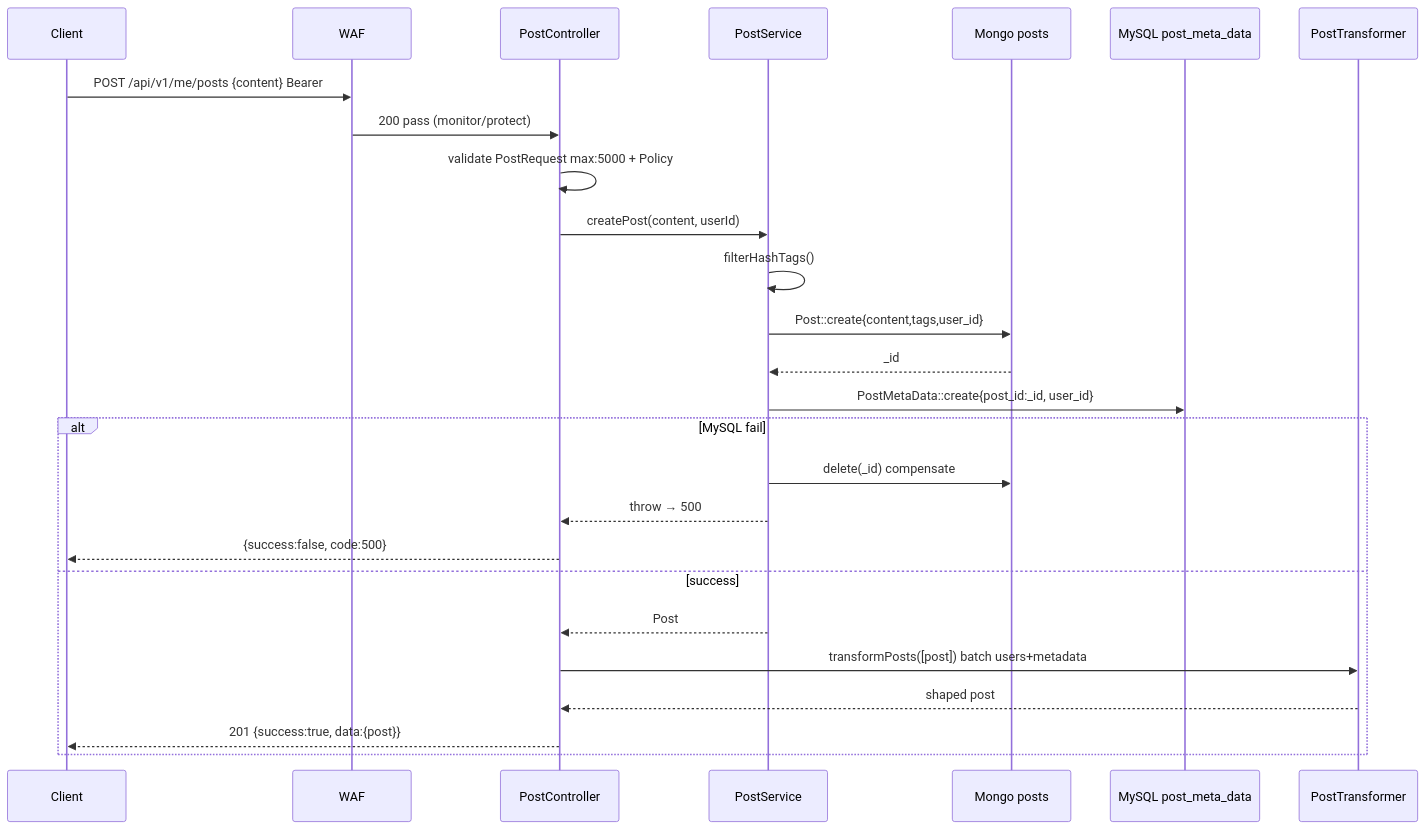
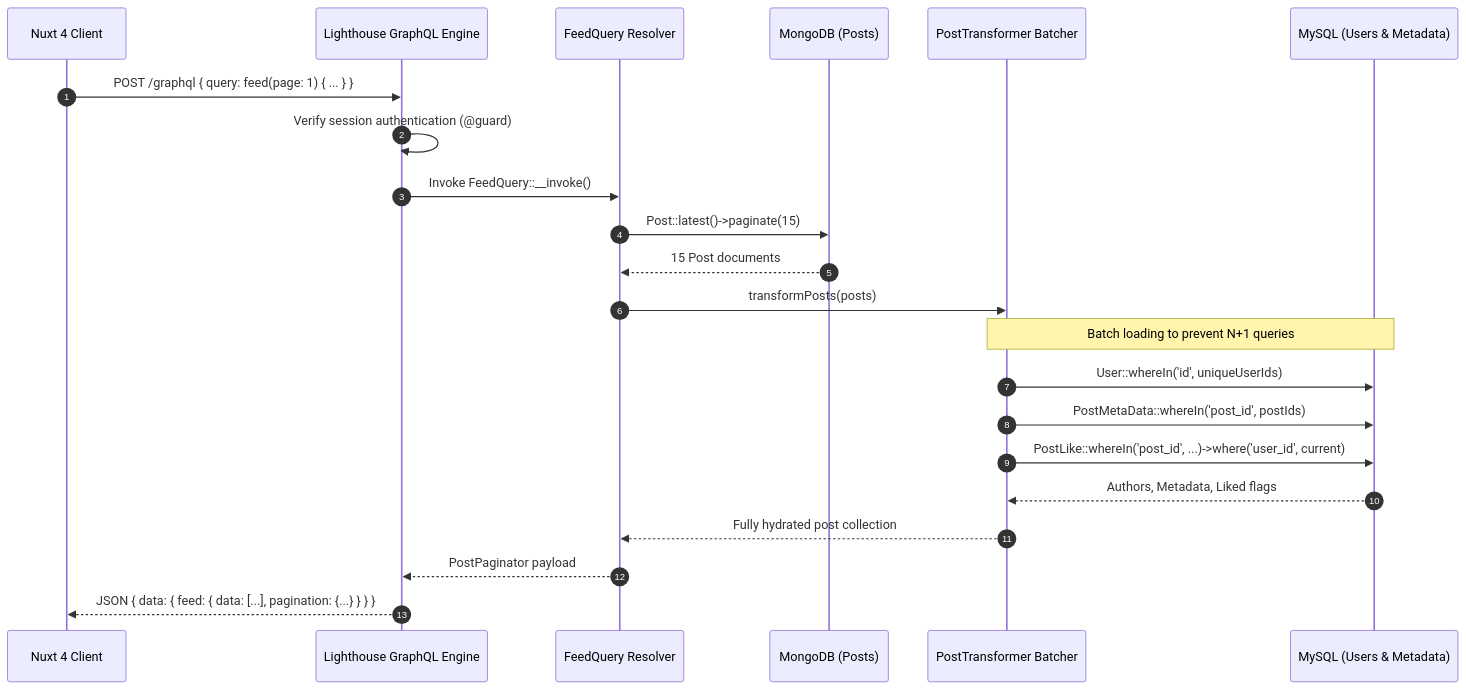
The second of 4 diagrams in docs/SSD.md (VenuxAK/Threads-API), drawn with Mermaid before and after one commit. The commit also changed other lines of this file and 5 other files, not shown here.

First line of the commit message:
docs: update API docs, ARCHITECTURE, and create comprehensive GraphQL handbook

````diff
--- a/docs/SSD.md
+++ b/docs/SSD.md
@@ -255,28 +67,25 @@
 ```mermaid
 sequenceDiagram
-    participant C as Client
-    participant WAF as WAF
-    participant PC as PostController
-    participant PS as PostService
-    participant MO as Mongo posts
-    participant MY as MySQL post_meta_data
-    participant TF as PostTransformer
-    C->>WAF: POST /api/v1/me/posts {content} Bearer
-    WAF->>PC: 200 pass (monitor/protect)
-    PC->>PC: validate PostRequest max:5000 + Policy
-    PC->>PS: createPost(content, userId)
-    PS->>PS: filterHashTags()
-    PS->>MO: Post::create{content,tags,user_id}
-    MO-->>PS: _id
-    PS->>MY: PostMetaData::create{post_id:_id, user_id}
-    alt MySQL fail
-        PS->>MO: delete(_id) compensate
-        PS-->>PC: throw → 500
-        PC-->>C: {success:false, code:500}
-    else success
-        PS-->>PC: Post
-        PC->>TF: transformPosts([post]) batch users+metadata
-        TF-->>PC: shaped post
-        PC-->>C: 201 {success:true, data:{post}}
-    end
+    autonumber
+    participant Client as Nuxt 4 Client
+    participant LH as Lighthouse GraphQL Engine
+    participant Feed as FeedQuery Resolver
+    participant Mongo as MongoDB (Posts)
+    participant TF as PostTransformer Batcher
+    participant MySQL as MySQL (Users & Metadata)
+
+    Client->>LH: POST /graphql { query: feed(page: 1) { ... } }
+    LH->>LH: Verify session authentication (@guard)
+    LH->>Feed: Invoke FeedQuery::__invoke()
+    Feed->>Mongo: Post::latest()->paginate(15)
+    Mongo-->>Feed: 15 Post documents
+    Feed->>TF: transformPosts(posts)
+    Note over TF,MySQL: Batch loading to prevent N+1 queries
+    TF->>MySQL: User::whereIn('id', uniqueUserIds)
+    TF->>MySQL: PostMetaData::whereIn('post_id', postIds)
+    TF->>MySQL: PostLike::whereIn('post_id', ...)->where('user_id', current)
+    MySQL-->>TF: Authors, Metadata, Liked flags
+    TF-->>Feed: Fully hydrated post collection
+    Feed-->>LH: PostPaginator payload
+    LH-->>Client: JSON { data: { feed: { data: [...], pagination: {...} } } }
 ```
````
